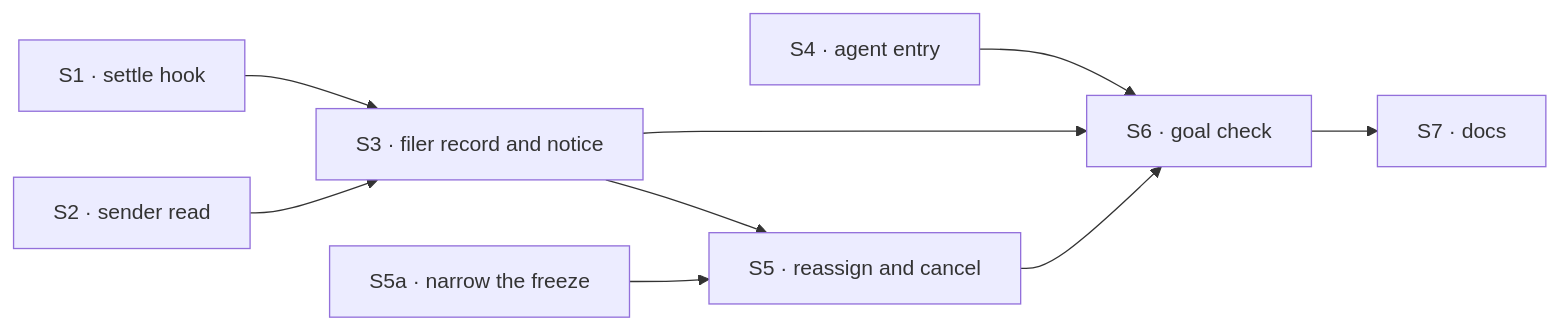
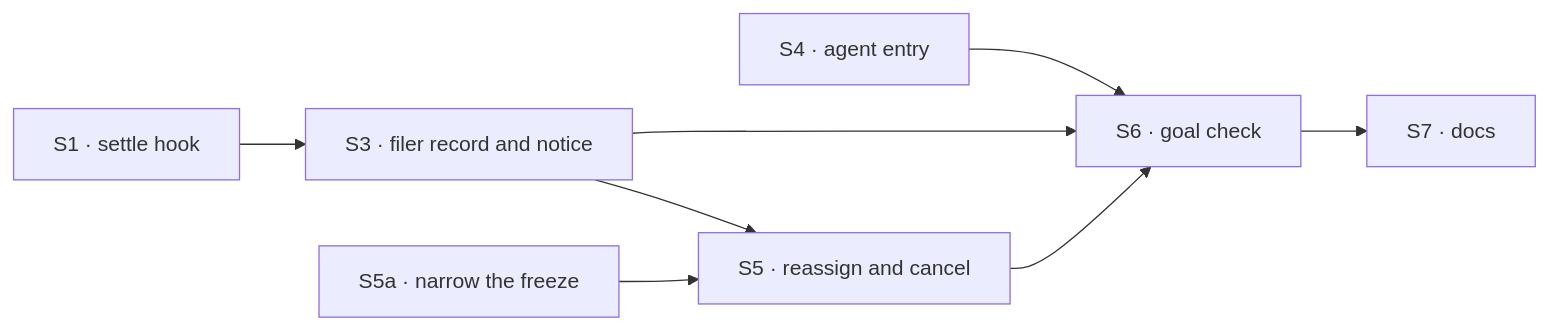
The diagram in specs/issues/FIX-1780/PLAN.md (fixpoint-labs/flow-state-dev), drawn with Mermaid before and after one commit. The commit also changed other lines of this file and 4 other files, not shown here.

````diff
--- a/specs/issues/FIX-1780/PLAN.md
+++ b/specs/issues/FIX-1780/PLAN.md
@@ -39,11 +38,10 @@
 ```mermaid
 flowchart LR
   S1["S1 · settle hook"] --> S3["S3 · filer record and notice"]
-  S2["S2 · sender read"] --> S3
   S4["S4 · agent entry"] --> S6["S6 · goal check"]
   S3 --> S6
   S3 --> S5["S5 · reassign and cancel"]
   S5a["S5a · narrow the freeze"] --> S5
   S5 --> S6
   S6 --> S7["S7 · docs"]
 ```
````
